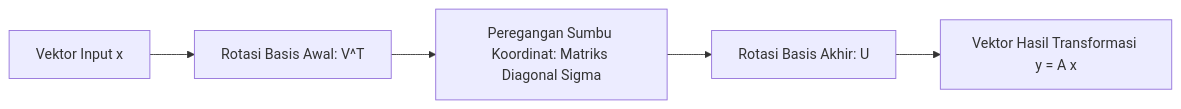
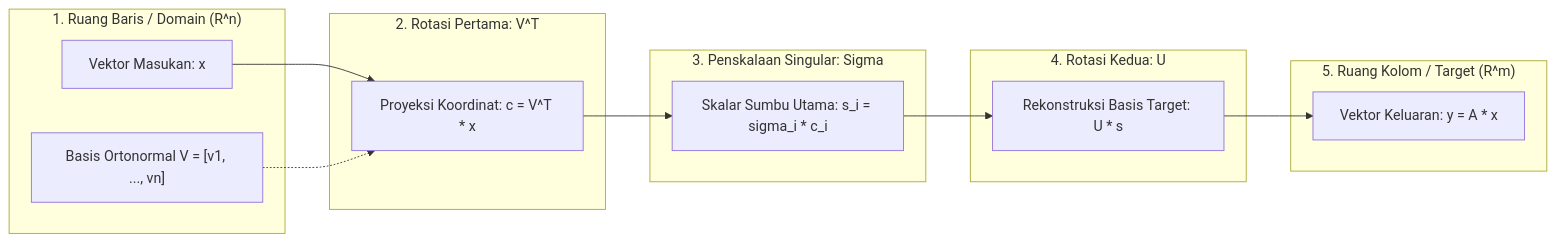
One commit to Rizki2204/ultimate-learning-paths changed the diagram in curriculum/01-fondasi-matematika/011-aljabar-linier-teori-matriks.md. Above: the diagram before and after it, drawn with Mermaid. The commit also changed other lines of this file and 10 other files, not shown here.

````diff
--- a/curriculum/01-fondasi-matematika/011-aljabar-linier-teori-matriks.md
+++ b/curriculum/01-fondasi-matematika/011-aljabar-linier-teori-matriks.md
@@ -47,7 +146,29 @@
 ```mermaid
-graph LR
-    InputVector["Vektor Input x"] --> RightSingular["Rotasi Basis Awal: V^T"]
-    RightSingular --> Scaling["Peregangan Sumbu Koordinat: Matriks Diagonal Sigma"]
-    Scaling --> LeftSingular["Rotasi Basis Akhir: U"]
-    LeftSingular --> OutputVector["Vektor Hasil Transformasi y = A x"]
+flowchart LR
+    subgraph InputSpace ["1. Ruang Baris / Domain (R^n)"]
+        x["Vektor Masukan: x"]
+        Vbasis["Basis Ortonormal V = [v1, ..., vn]"]
+    end
+
+    subgraph Rotation1 ["2. Rotasi Pertama: V^T"]
+        VT["Proyeksi Koordinat: c = V^T * x"]
+    end
+
+    subgraph Stretching ["3. Penskalaan Singular: Sigma"]
+        Sigma["Skalar Sumbu Utama: s_i = sigma_i * c_i"]
+    end
+
+    subgraph Rotation2 ["4. Rotasi Kedua: U"]
+        U["Rekonstruksi Basis Target: U * s"]
+    end
+
+    subgraph OutputSpace ["5. Ruang Kolom / Target (R^m)"]
+        y["Vektor Keluaran: y = A * x"]
+    end
+
+    x --> VT
+    Vbasis -.-> VT
+    VT --> Sigma
+    Sigma --> U
+    U --> y
 ```
````
